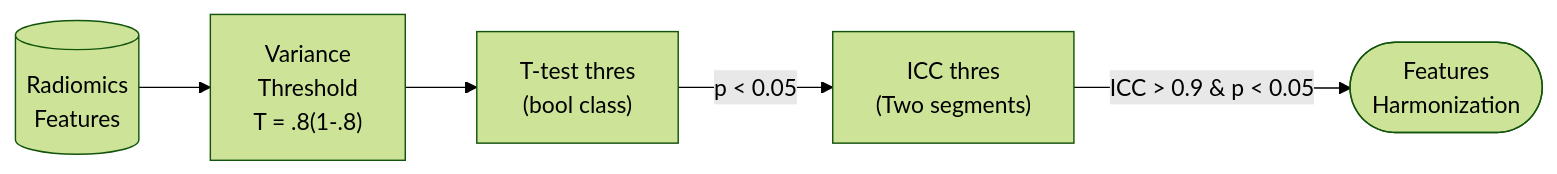
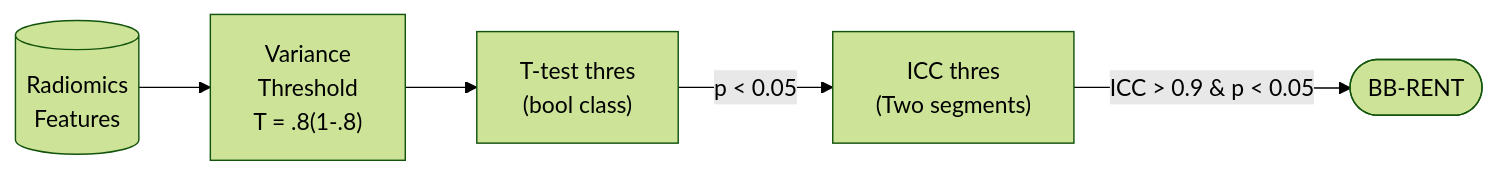
The second of 2 diagrams in README.md (alabamagan/mri_radiomics_toolkit), drawn with Mermaid (forest theme) before and after one commit. The commit also changed other lines of this file and 2 other files, not shown here.

````diff
--- a/README.md
+++ b/README.md
@@ -281,7 +85,7 @@
 ```mermaid
 graph LR
   A[(Radiomics<br>Features)] --> B["Variance<br>Threshold<br>T = .8(1-.8)"]
   B --> C["T-test thres<br>(bool class)"]
   C --> |"p < 0.05"|D["ICC thres<br>(Two segments)"]
-  D --> |ICC > 0.9 & p < 0.05|E([Features<br>Harmonization])
+  D --> |ICC > 0.9 & p < 0.05|E([BB-RENT])
 ```
````
